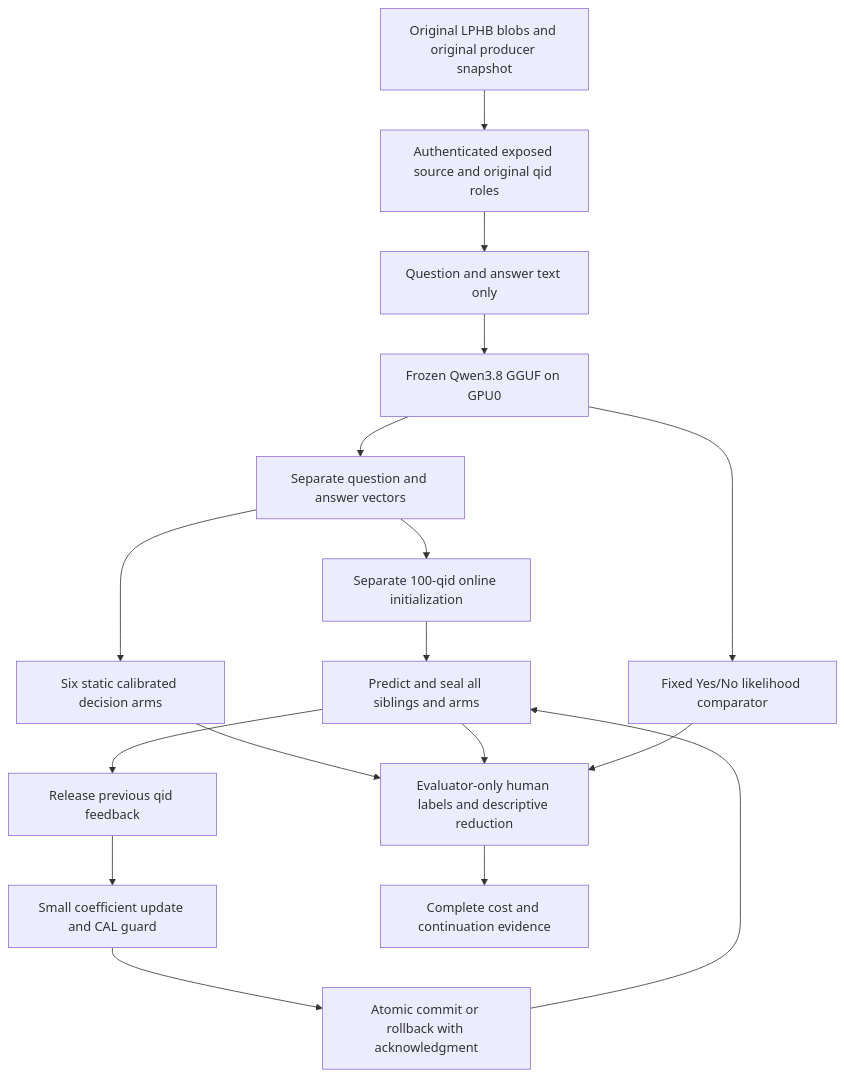
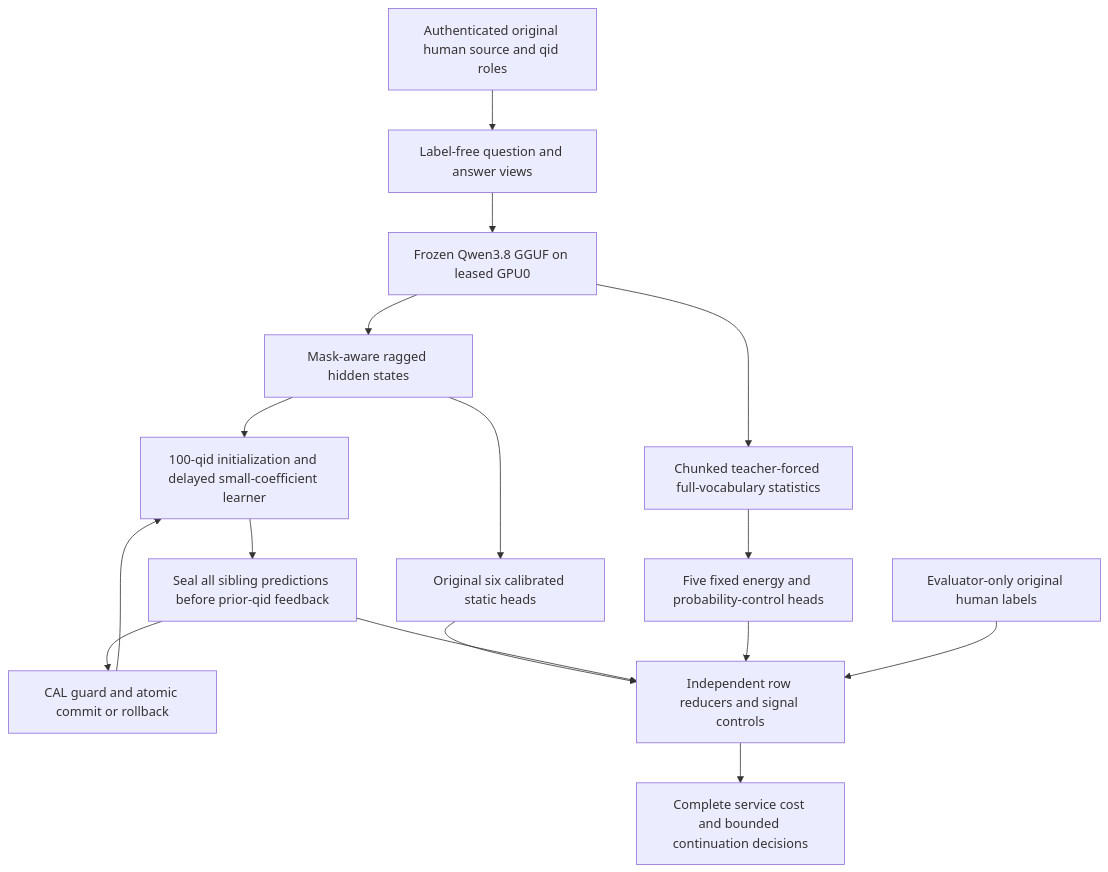
The first of 2 diagrams in openspec/change-proposals/research-roadmap-vNEXT.md (Carnot-EBM/carnot-ebm), drawn with Mermaid before and after one commit. The commit also changed other lines of this file and 19 other files, not shown here.

````diff
--- a/openspec/change-proposals/research-roadmap-vNEXT.md
+++ b/openspec/change-proposals/research-roadmap-vNEXT.md
@@ -84,19 +83,18 @@
 ```mermaid
 flowchart TD
-  A[Original LPHB blobs and original producer snapshot] --> B[Authenticated exposed source and original qid roles]
-  B --> C[Question and answer text only]
-  C --> Q[Frozen Qwen3.8 GGUF on GPU0]
-  Q --> V[Separate question and answer vectors]
-  V --> S[Six static calibrated decision arms]
-  V --> I[Separate 100-qid online initialization]
-  I --> L[Predict and seal all siblings and arms]
-  L --> F[Release previous qid feedback]
-  F --> U[Small coefficient update and CAL guard]
-  U --> D[Atomic commit or rollback with acknowledgment]
-  D --> L
-  S --> R[Evaluator-only human labels and descriptive reduction]
-  L --> R
-  Q --> J[Fixed Yes/No likelihood comparator]
-  J --> R
-  R --> K[Complete cost and continuation evidence]
+  H[Authenticated original human source and qid roles] --> V[Label-free question and answer views]
+  V --> Q[Frozen Qwen3.8 GGUF on leased GPU0]
+  Q --> R[Mask-aware ragged hidden states]
+  Q --> T[Chunked teacher-forced full-vocabulary statistics]
+  R --> F[Original six calibrated static heads]
+  R --> L[100-qid initialization and delayed small-coefficient learner]
+  L --> S[Seal all sibling predictions before prior-qid feedback]
+  S --> G[CAL guard and atomic commit or rollback]
+  G --> L
+  T --> E[Five fixed energy and probability-control heads]
+  F --> A[Independent row reducers and signal controls]
+  S --> A
+  E --> A
+  Y[Evaluator-only original human labels] --> A
+  A --> C[Complete service cost and bounded continuation decisions]
 ```
````
